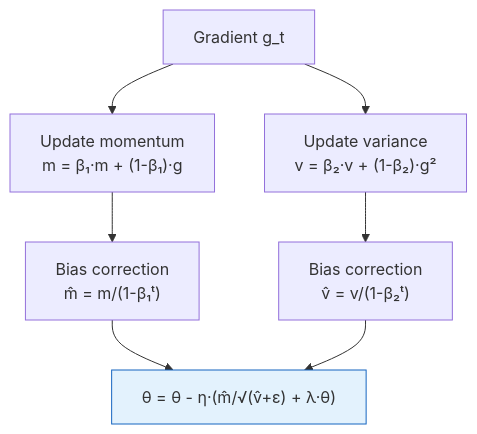
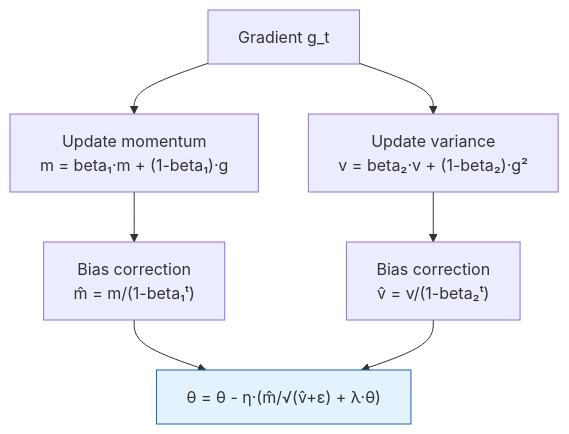
The second of 5 diagrams in learn/06_optimizer.md (meever/nanochat), drawn with Mermaid before and after one commit. The commit also changed other lines of this file and 11 other files, not shown here.

````diff
--- a/learn/06_optimizer.md
+++ b/learn/06_optimizer.md
@@ -66,11 +66,11 @@
 ```mermaid
 flowchart TD
-  G["Gradient g_t"] --> M["Update momentum\nm = β₁·m + (1-β₁)·g"]
-  G --> V["Update variance\nv = β₂·v + (1-β₂)·g²"]
-  M --> BC["Bias correction\nm̂ = m/(1-β₁ᵗ)"]
-  V --> BC2["Bias correction\nv̂ = v/(1-β₂ᵗ)"]
+  G["Gradient g_t"] --> M["Update momentum\nm = beta₁·m + (1-beta₁)·g"]
+  G --> V["Update variance\nv = beta₂·v + (1-beta₂)·g²"]
+  M --> BC["Bias correction\nm̂ = m/(1-beta₁ᵗ)"]
+  V --> BC2["Bias correction\nv̂ = v/(1-beta₂ᵗ)"]
   BC --> Update["θ = θ - η·(m̂/√(v̂+ε) + λ·θ)"]
   BC2 --> Update
 
   style Update fill:#e3f2fd,stroke:#1565c0
 ```
````
